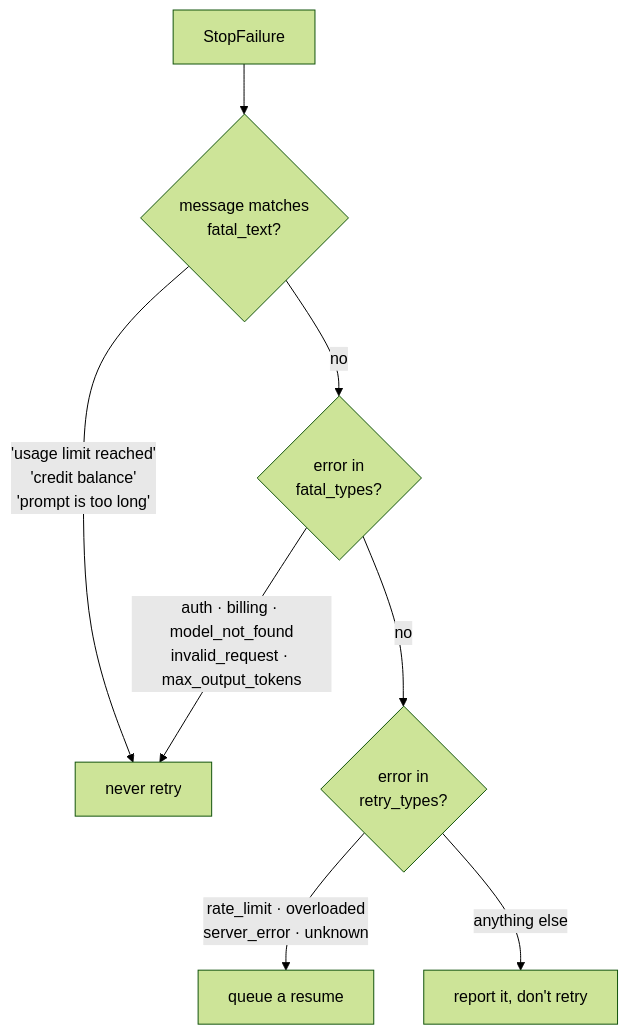
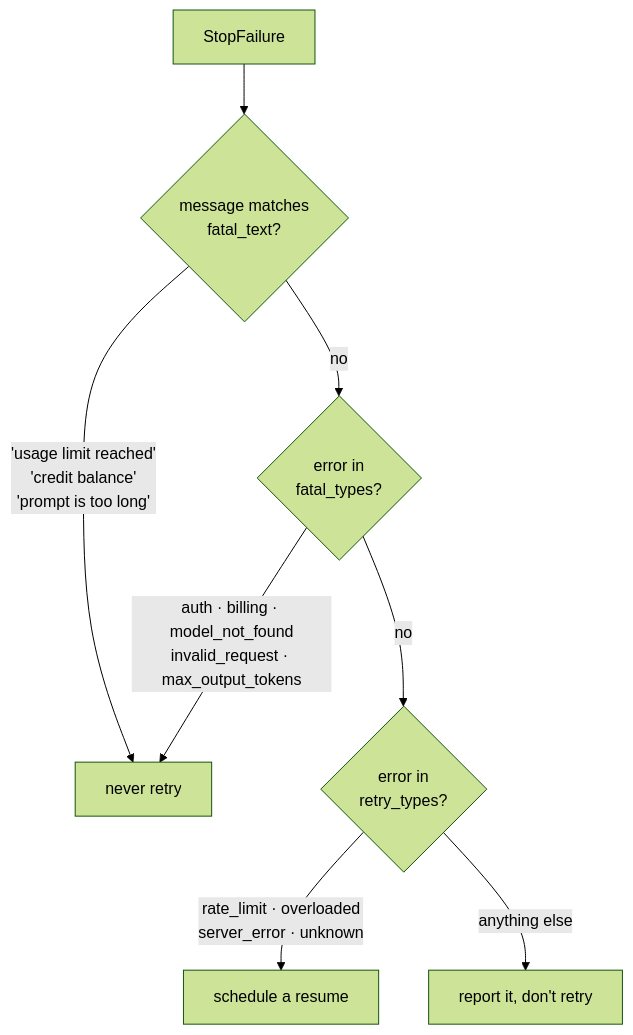
The fourth of 4 diagrams in README.md (fuadnafiz98/claude-watchdog), drawn with Mermaid (forest theme) before and after one commit. The commit also changed other lines of this file and 4 other files, not shown here.

````diff
--- a/README.md
+++ b/README.md
@@ -118,10 +133,10 @@
 ```mermaid
 flowchart TD
     E[StopFailure] --> T{message matches<br/>fatal_text?}
     T -->|"'usage limit reached'<br/>'credit balance'<br/>'prompt is too long'"| F[never retry]
     T -->|no| Y{error in<br/>fatal_types?}
     Y -->|"auth · billing · model_not_found<br/>invalid_request · max_output_tokens"| F
     Y -->|no| R{error in<br/>retry_types?}
-    R -->|"rate_limit · overloaded<br/>server_error · unknown"| G[queue a resume]
+    R -->|"rate_limit · overloaded<br/>server_error · unknown"| G[schedule a resume]
     R -->|anything else| S[report it, don't retry]
 ```
````
